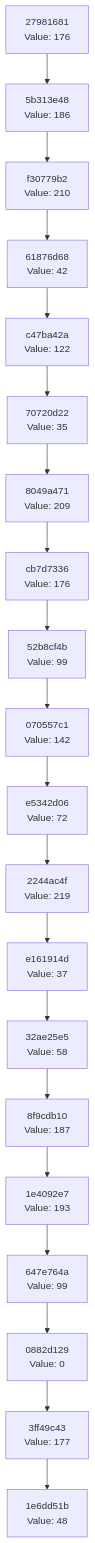
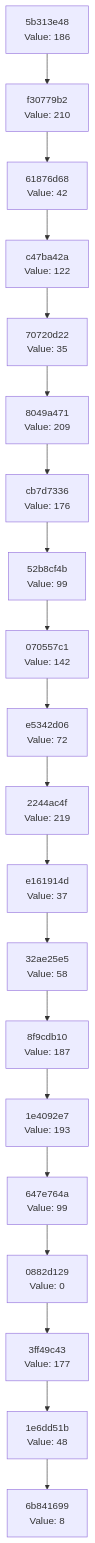
Before and after one commit to Abhisheksinha1506/hash-chain-evolver: the diagram in docs/CHAIN_VISUALIZATION.md, drawn with Mermaid. The commit also changed 2 other files, not shown here.

Commit message:
Evolution Step

````diff
--- a/docs/CHAIN_VISUALIZATION.md
+++ b/docs/CHAIN_VISUALIZATION.md
@@ -3,42 +3,42 @@
 ```mermaid
 graph TD
-    C0["1e6dd51b<br/>Value: 48"]
-    C1["3ff49c43<br/>Value: 177"]
+    C0["6b841699<br/>Value: 8"]
+    C1["1e6dd51b<br/>Value: 48"]
     C1 --> C0
-    C2["0882d129<br/>Value: 0"]
+    C2["3ff49c43<br/>Value: 177"]
     C2 --> C1
-    C3["647e764a<br/>Value: 99"]
+    C3["0882d129<br/>Value: 0"]
     C3 --> C2
-    C4["1e4092e7<br/>Value: 193"]
+    C4["647e764a<br/>Value: 99"]
     C4 --> C3
-    C5["8f9cdb10<br/>Value: 187"]
+    C5["1e4092e7<br/>Value: 193"]
     C5 --> C4
-    C6["32ae25e5<br/>Value: 58"]
+    C6["8f9cdb10<br/>Value: 187"]
     C6 --> C5
-    C7["e161914d<br/>Value: 37"]
+    C7["32ae25e5<br/>Value: 58"]
     C7 --> C6
-    C8["2244ac4f<br/>Value: 219"]
+    C8["e161914d<br/>Value: 37"]
     C8 --> C7
-    C9["e5342d06<br/>Value: 72"]
+    C9["2244ac4f<br/>Value: 219"]
     C9 --> C8
-    C10["070557c1<br/>Value: 142"]
+    C10["e5342d06<br/>Value: 72"]
     C10 --> C9
-    C11["52b8cf4b<br/>Value: 99"]
+    C11["070557c1<br/>Value: 142"]
     C11 --> C10
-    C12["cb7d7336<br/>Value: 176"]
+    C12["52b8cf4b<br/>Value: 99"]
     C12 --> C11
-    C13["8049a471<br/>Value: 209"]
+    C13["cb7d7336<br/>Value: 176"]
     C13 --> C12
-    C14["70720d22<br/>Value: 35"]
+    C14["8049a471<br/>Value: 209"]
     C14 --> C13
-    C15["c47ba42a<br/>Value: 122"]
+    C15["70720d22<br/>Value: 35"]
     C15 --> C14
-    C16["61876d68<br/>Value: 42"]
+    C16["c47ba42a<br/>Value: 122"]
     C16 --> C15
-    C17["f30779b2<br/>Value: 210"]
+    C17["61876d68<br/>Value: 42"]
     C17 --> C16
-    C18["5b313e48<br/>Value: 186"]
+    C18["f30779b2<br/>Value: 210"]
     C18 --> C17
-    C19["27981681<br/>Value: 176"]
+    C19["5b313e48<br/>Value: 186"]
     C19 --> C18
 ```
````
